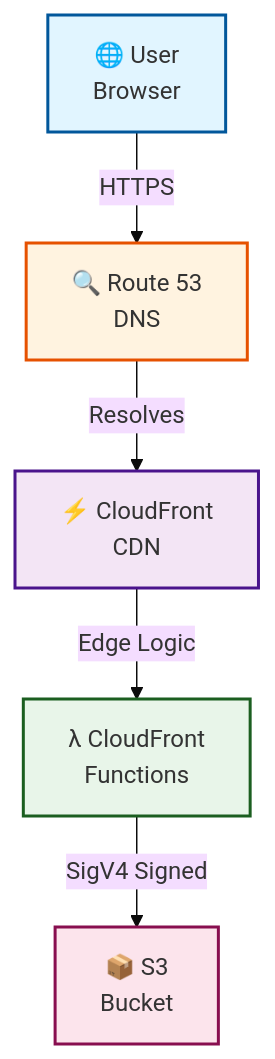
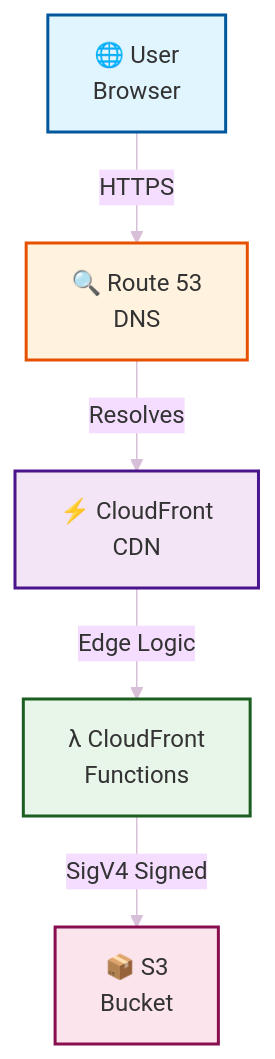
One commit to BryanChasko/hugoBryanChaskoWebsite changed the first of 2 diagrams in README.md. Above: the diagram before and after it, drawn with Mermaid. The commit also changed other lines of this file and 97 other files, not shown here.

````diff
--- a/README.md
+++ b/README.md
@@ -36,14 +36,14 @@
 ```mermaid
-%%{init: {'flowchart': {'curve': 'linear'}, 'theme': 'base', 'themeVariables': {'fontSize': '16px', 'fontFamily': 'arial'}}}%%
+%%{init: {'flowchart': {'curve': 'linear'}, 'theme': 'base', 'themeVariables': {'fontSize': '16px', 'fontFamily': 'arial', 'lineColor': '#d8bfd8'}}}%%
 graph TB
     A["🌐 User<br/>Browser"] -->|HTTPS| B["🔍 Route 53<br/>DNS"]
     B -->|Resolves| C["⚡ CloudFront<br/>CDN"]
     C -->|Edge Logic| D["λ CloudFront<br/>Functions"]
     D -->|SigV4 Signed| E["📦 S3<br/>Bucket"]
     
     style A fill:#e1f5ff,stroke:#01579b,stroke-width:2px
     style B fill:#fff3e0,stroke:#e65100,stroke-width:2px
     style C fill:#f3e5f5,stroke:#4a148c,stroke-width:2px
     style D fill:#e8f5e9,stroke:#1b5e20,stroke-width:2px
     style E fill:#fce4ec,stroke:#880e4f,stroke-width:2px
 ```
````
